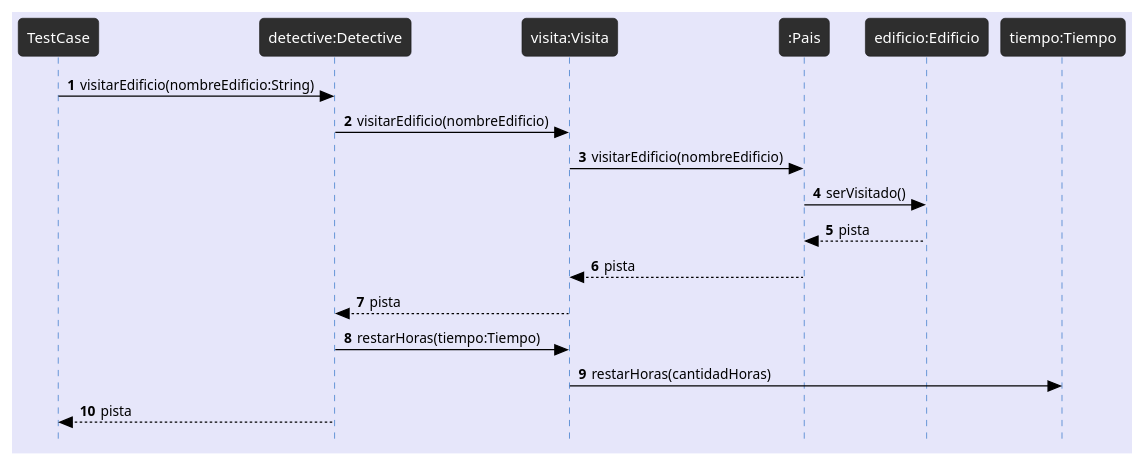
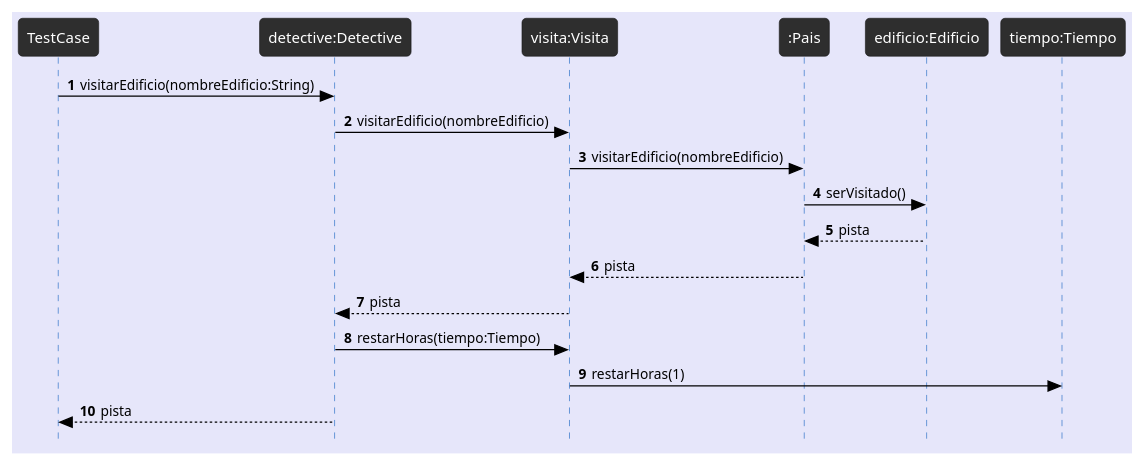
One commit to avilagaston9/algo3_tp2 changed the diagram in docs/Diagramas/Modelo2/Secuencia/detectiveVisitaPorPrimeraVezUnEdificioRecibeElNombre_Modelo2.plantuml. Above: the diagram before and after it, drawn with PlantUML.

Commit message:
restarHoras(1)

```diff
--- a/docs/Diagramas/Modelo2/Secuencia/detectiveVisitaPorPrimeraVezUnEdificioRecibeElNombre_Modelo2.plantuml
+++ b/docs/Diagramas/Modelo2/Secuencia/detectiveVisitaPorPrimeraVezUnEdificioRecibeElNombre_Modelo2.plantuml
@@ -1,29 +1,29 @@
 @startuml
 !theme reddress-darkblue
 autonumber
 skinparam style strictuml
 skinparam BackGroundColor lavender
 skinparam RoundCorner 7
 skinparam SequenceGroupFontColor black
 skinparam SequenceGroupBorderColor black
 skinparam SequenceGroupBorderThickness 0.5
 skinparam ArrowFontColor black
 skinparam ArrowColor black
 skinparam ActorFontColor black
 skinparam participantFontSize 12
 skinparam SequenceLifeLineBackGroundColor 2e2e2e
 
 TestCase -> "detective:Detective" as detective : visitarEdificio(nombreEdificio:String)
 detective -> "visita:Visita" as visita: visitarEdificio(nombreEdificio)
 visita -> ":Pais" as pais: visitarEdificio(nombreEdificio)
 pais -> "edificio:Edificio" as edificio: serVisitado()
 pais <-- edificio : pista
 pais --> visita : pista
 visita --> detective : pista
 
 detective -> visita: restarHoras(tiempo:Tiempo)
-visita -> "tiempo:Tiempo" as tiempo : restarHoras(cantidadHoras)
+visita -> "tiempo:Tiempo" as tiempo : restarHoras(1)
 
 detective --> TestCase : pista
 
 @enduml
```
